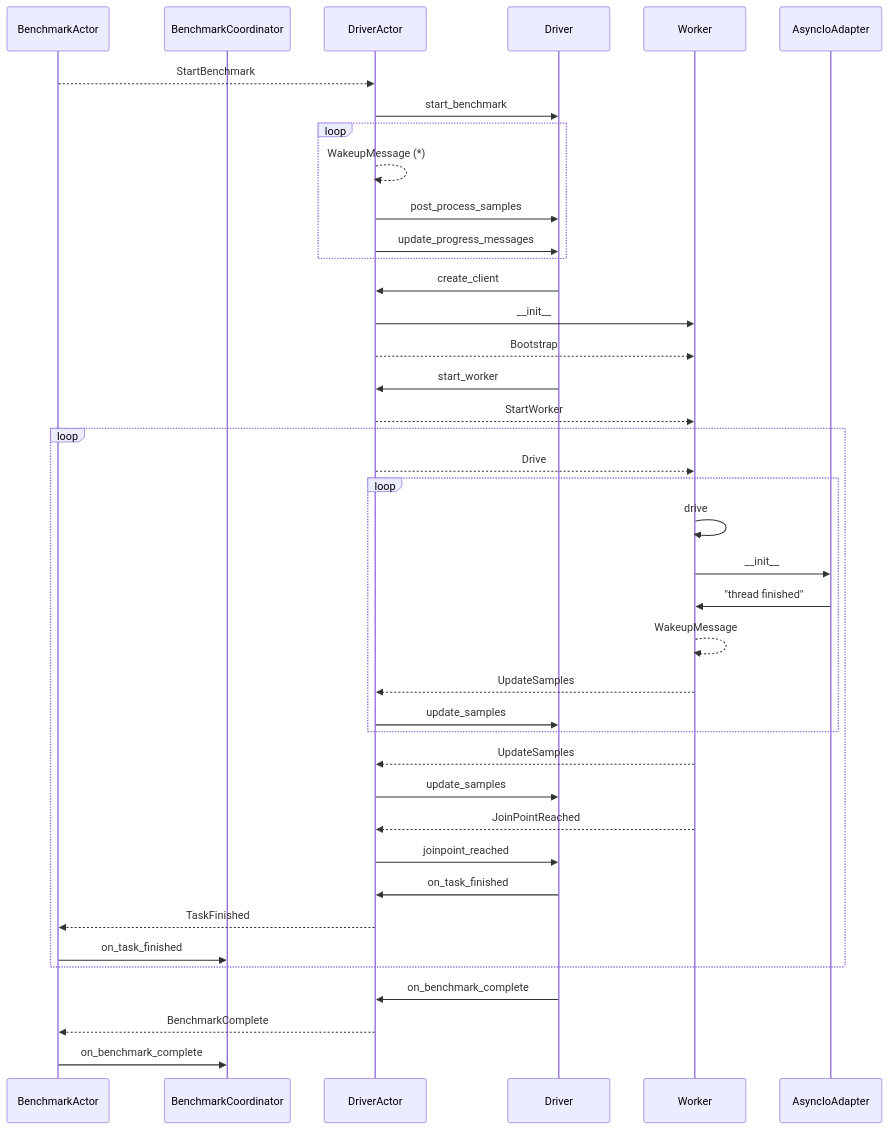
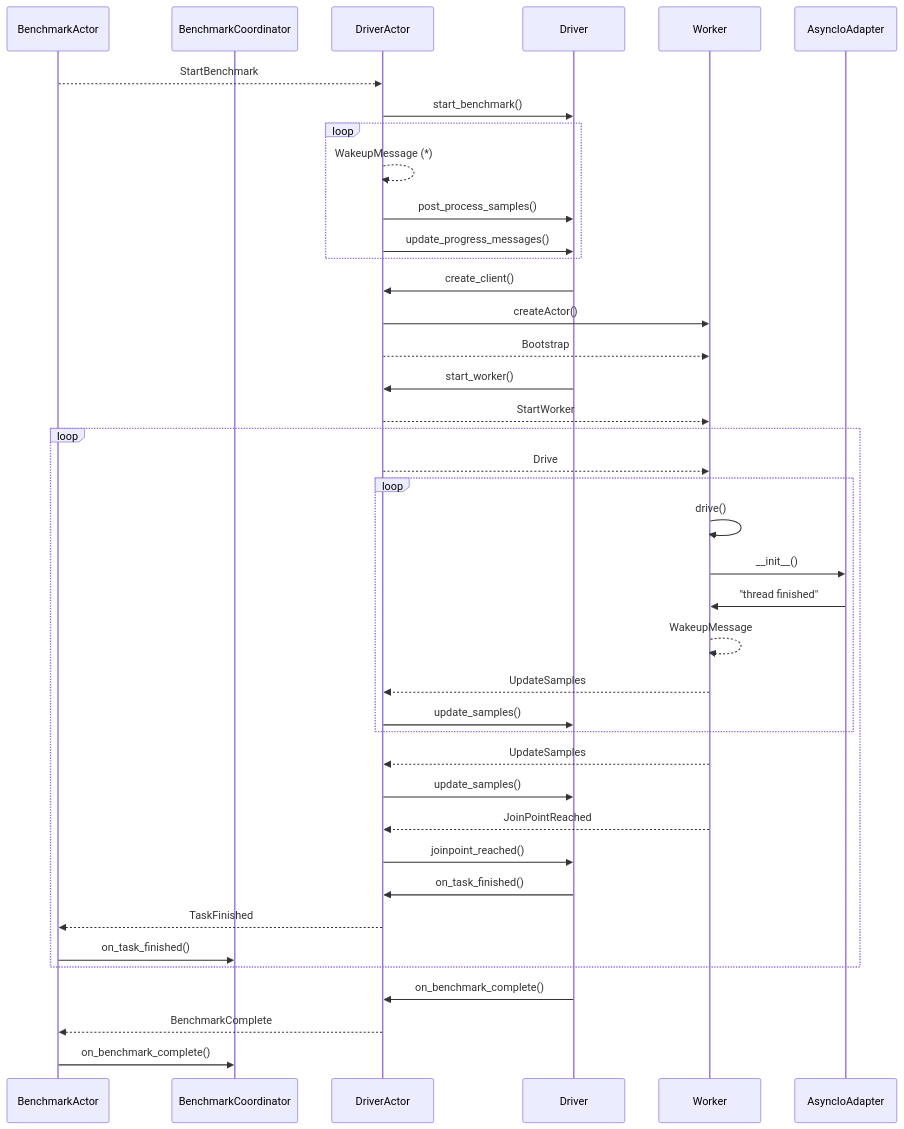
Before and after one commit to elastic/rally: the second of 2 diagrams in docs/architecture/actor_system.md, drawn with Mermaid. The commit also changed other lines of this file, not shown here.

Commit message:
Update architecture diagrams

````diff
--- a/docs/architecture/actor_system.md
+++ b/docs/architecture/actor_system.md
@@ -99,38 +99,38 @@
 ```mermaid
 sequenceDiagram
     participant BenchmarkActor
     participant BenchmarkCoordinator
     BenchmarkActor -->> DriverActor: StartBenchmark
-    DriverActor ->> Driver: start_benchmark
+    DriverActor ->> Driver: start_benchmark()
     loop
         DriverActor -->> DriverActor: WakeupMessage (*)
-        DriverActor ->> Driver: post_process_samples
-        DriverActor ->> Driver: update_progress_messages
+        DriverActor ->> Driver: post_process_samples()
+        DriverActor ->> Driver: update_progress_messages()
     end
-    Driver ->> DriverActor: create_client
-    DriverActor ->> Worker: __init__
+    Driver ->> DriverActor: create_client()
+    DriverActor ->> Worker: createActor()
     DriverActor -->> Worker: Bootstrap
-    Driver ->> DriverActor: start_worker
+    Driver ->> DriverActor: start_worker()
     DriverActor -->> Worker: StartWorker
     loop
         DriverActor -->> Worker: Drive
         loop
-            Worker ->> Worker: drive
-            Worker ->> AsyncIoAdapter: __init__
+            Worker ->> Worker: drive()
+            Worker ->> AsyncIoAdapter: __init__()
             AsyncIoAdapter ->> Worker: "thread finished"
             Worker -->> Worker: WakeupMessage
             Worker -->> DriverActor: UpdateSamples
-            DriverActor ->> Driver: update_samples
+            DriverActor ->> Driver: update_samples()
         end
         Worker -->> DriverActor: UpdateSamples
-        DriverActor ->> Driver: update_samples
+        DriverActor ->> Driver: update_samples()
         Worker -->> DriverActor: JoinPointReached
-        DriverActor ->> Driver: joinpoint_reached
-        Driver ->> DriverActor: on_task_finished
+        DriverActor ->> Driver: joinpoint_reached()
+        Driver ->> DriverActor: on_task_finished()
         DriverActor -->> BenchmarkActor: TaskFinished
-        BenchmarkActor ->> BenchmarkCoordinator: on_task_finished
+        BenchmarkActor ->> BenchmarkCoordinator: on_task_finished()
     end
-    Driver ->> DriverActor: on_benchmark_complete
+    Driver ->> DriverActor: on_benchmark_complete()
     DriverActor -->> BenchmarkActor: BenchmarkComplete
-    BenchmarkActor ->> BenchmarkCoordinator: on_benchmark_complete
+    BenchmarkActor ->> BenchmarkCoordinator: on_benchmark_complete()
 ```
````
